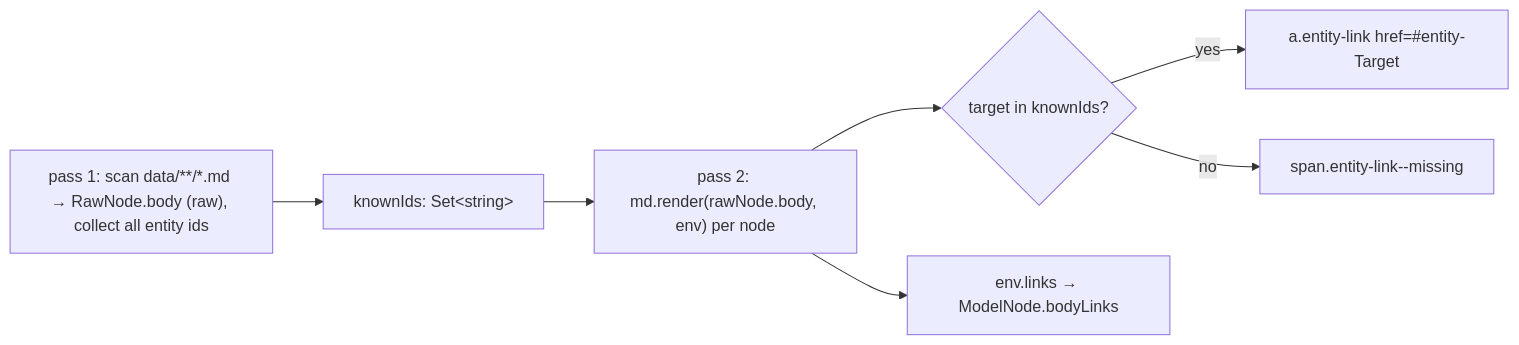
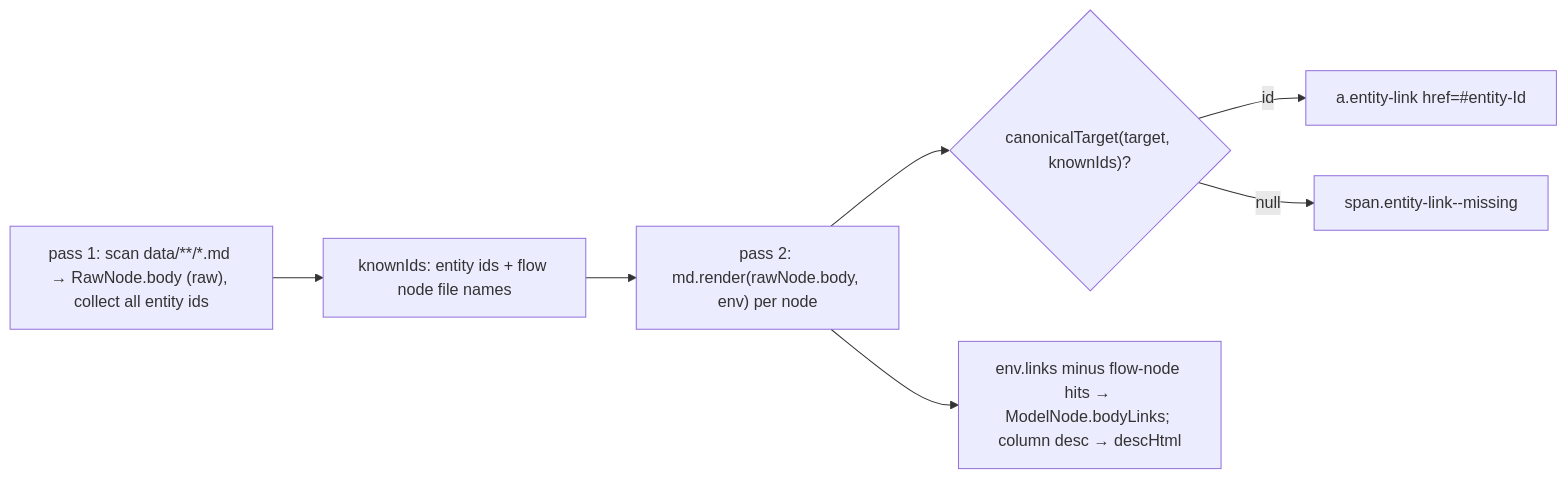
The second of 6 diagrams in docs/wiki/parser.md (noormdev/ignatius), drawn with Mermaid before and after one commit. The commit also changed other lines of this file and 46 other files, not shown here.

Commit message:
feat(viewer): navigation history, zoomable diagrams, explained changes

````diff
--- a/docs/wiki/parser.md
+++ b/docs/wiki/parser.md
@@ -39,9 +39,9 @@
 ```mermaid
 flowchart LR
-    Pass1["pass 1: scan data/**/*.md → RawNode.body (raw), collect all entity ids"] --> KnownIds["knownIds: Set&lt;string&gt;"]
+    Pass1["pass 1: scan data/**/*.md → RawNode.body (raw), collect all entity ids"] --> KnownIds["knownIds: entity ids + flow node file names"]
     KnownIds --> Pass2["pass 2: md.render(rawNode.body, env) per node"]
-    Pass2 --> Known{"target in knownIds?"}
-    Known -->|yes| Link["a.entity-link href=#entity-Target"]
-    Known -->|no| Missing["span.entity-link--missing"]
-    Pass2 --> BodyLinks["env.links → ModelNode.bodyLinks"]
+    Pass2 --> Known{"canonicalTarget(target, knownIds)?"}
+    Known -->|id| Link["a.entity-link href=#entity-Id"]
+    Known -->|null| Missing["span.entity-link--missing"]
+    Pass2 --> BodyLinks["env.links minus flow-node hits → ModelNode.bodyLinks; column desc → descHtml"]
 ```
````
